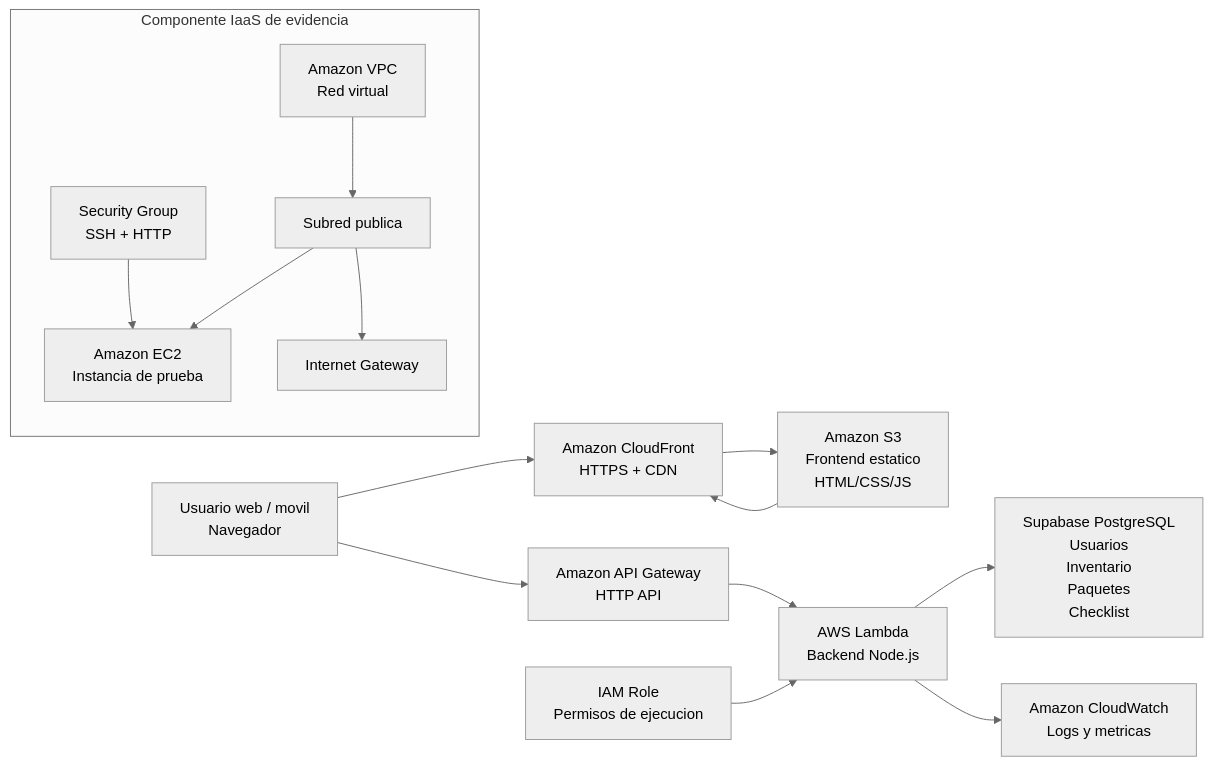
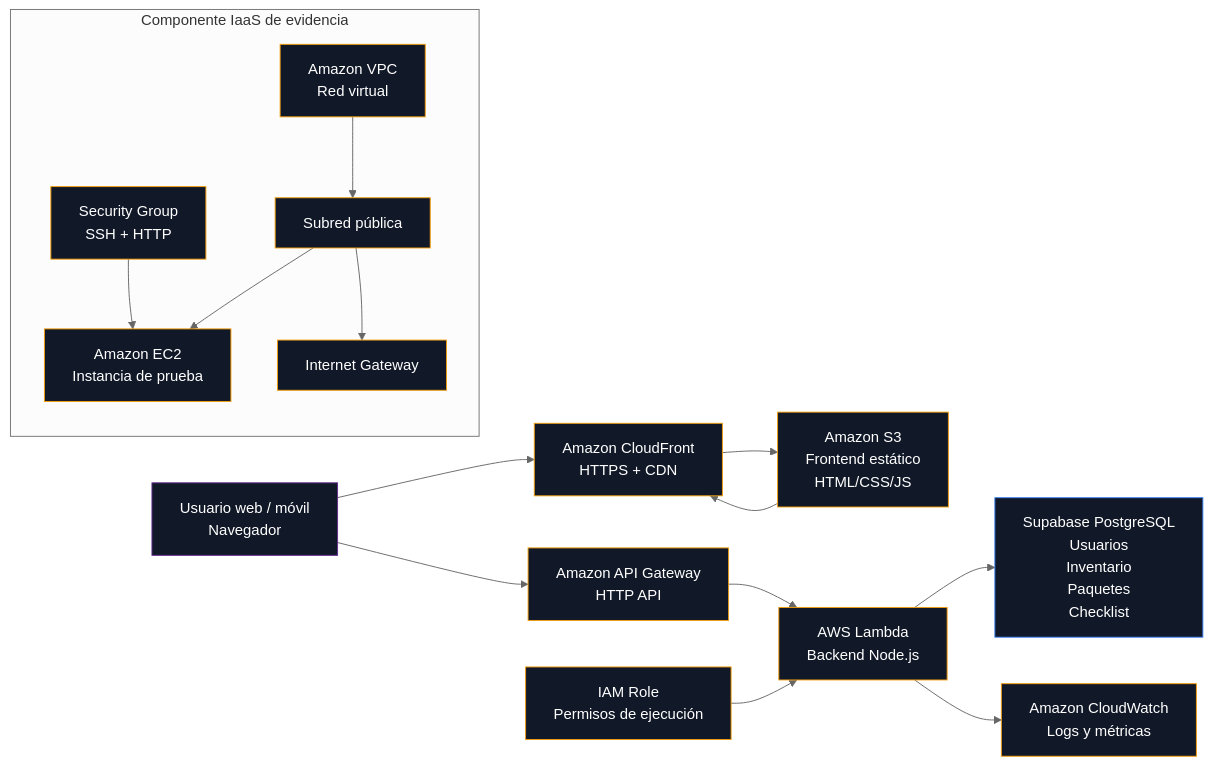
One commit to Quirama1108/FotoStock changed the diagram in README.md. Above: the diagram before and after it, drawn with Mermaid (neutral theme).

Commit message:
Refine README architecture and project overview

````diff
--- a/README.md
+++ b/README.md
@@ -25,27 +25,35 @@
 ```mermaid
 flowchart LR
-  U["Usuario web / movil<br/>Navegador"] --> CF["Amazon CloudFront<br/>HTTPS + CDN"]
-  CF --> S3["Amazon S3<br/>Frontend estatico<br/>HTML/CSS/JS"]
+  U["Usuario web / móvil<br/>Navegador"] --> CF["Amazon CloudFront<br/>HTTPS + CDN"]
+  CF --> S3["Amazon S3<br/>Frontend estático<br/>HTML/CSS/JS"]
   S3 --> CF
 
   U --> APIGW["Amazon API Gateway<br/>HTTP API"]
   APIGW --> L["AWS Lambda<br/>Backend Node.js"]
 
   L --> DB["Supabase PostgreSQL<br/>Usuarios<br/>Inventario<br/>Paquetes<br/>Checklist"]
-  L --> CW["Amazon CloudWatch<br/>Logs y metricas"]
+  L --> CW["Amazon CloudWatch<br/>Logs y métricas"]
 
-  IAM["IAM Role<br/>Permisos de ejecucion"] --> L
+  IAM["IAM Role<br/>Permisos de ejecución"] --> L
 
   subgraph IaaS["Componente IaaS de evidencia"]
     VPC["Amazon VPC<br/>Red virtual"]
-    SUB["Subred publica"]
+    SUB["Subred pública"]
     EC2["Amazon EC2<br/>Instancia de prueba"]
     IGW["Internet Gateway"]
     SG["Security Group<br/>SSH + HTTP"]
 
     VPC --> SUB
     SUB --> EC2
     SUB --> IGW
     SG --> EC2
   end
+
+  classDef aws fill:#111827,stroke:#f59e0b,color:#ffffff;
+  classDef db fill:#111827,stroke:#3b82f6,color:#ffffff;
+  classDef user fill:#111827,stroke:#662d91,color:#ffffff;
+
+  class CF,S3,APIGW,L,CW,IAM,EC2,VPC,SUB,IGW,SG aws;
+  class DB db;
+  class U user;
 ```
````
